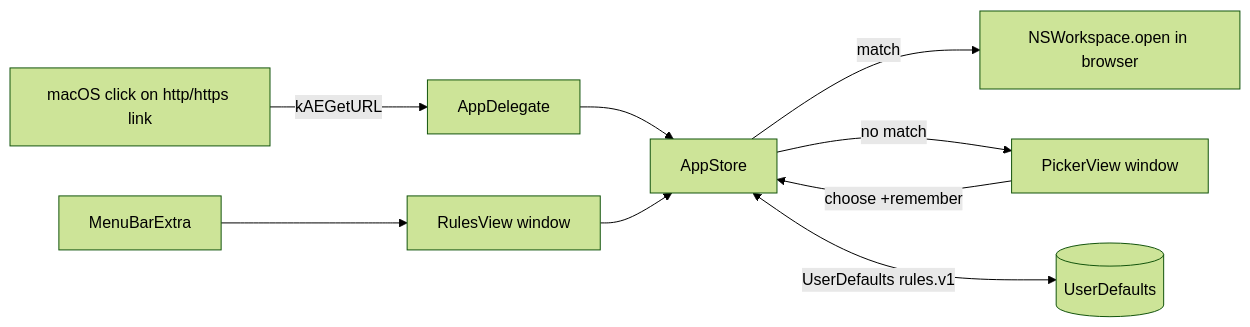
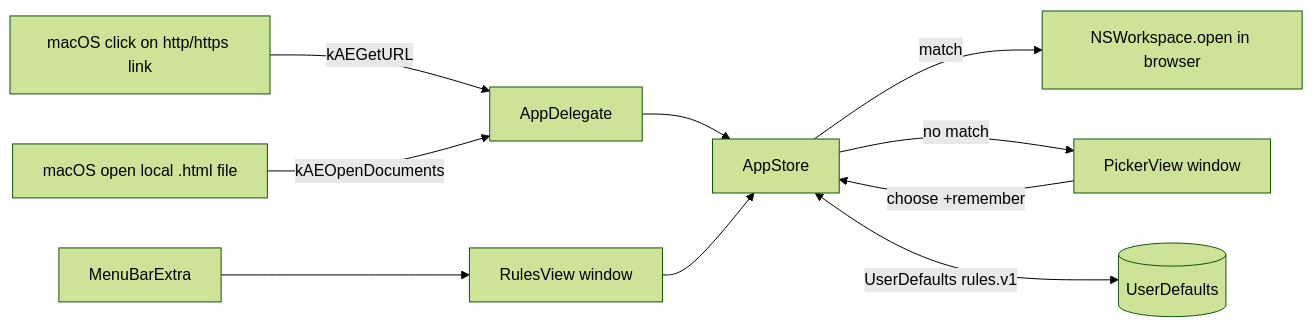
The diagram in documents/design.md (korchasa/open-link-in), drawn with Mermaid (forest theme) before and after one commit. The commit also changed other lines of this file and 8 other files, not shown here.

First line of the commit message:
feat(routing): route local HTML files through the picker

````diff
--- a/documents/design.md
+++ b/documents/design.md
@@ -9,11 +9,12 @@
 ```mermaid
 flowchart LR
   sys[macOS click on http/https link] -->|kAEGetURL| del[AppDelegate]
+  file[macOS open local .html file] -->|kAEOpenDocuments| del
   del --> store[AppStore]
   store -->|match| ws[NSWorkspace.open in browser]
   store -->|no match| pick[PickerView window]
   pick -->|choose +remember| store
   menu[MenuBarExtra] --> rules[RulesView window]
   rules --> store
   store <-->|UserDefaults rules.v1| ud[(UserDefaults)]
 ```
````
